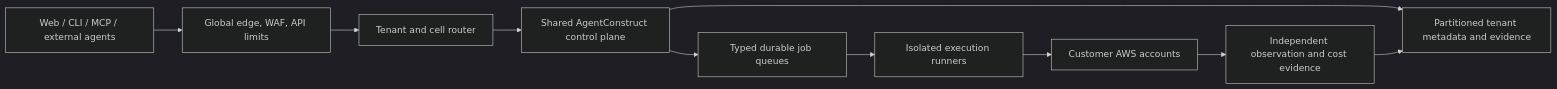
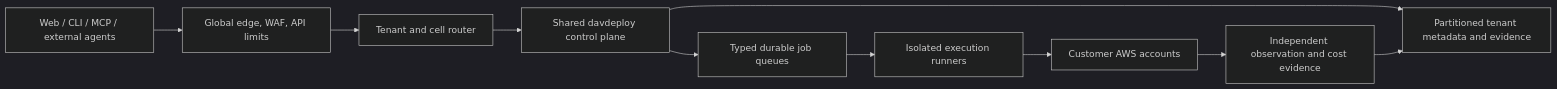
One commit to Bepoadewale/AgentConstruct changed the diagram in docs/strategy/10-scale-and-multi-tenancy.md. Above: the diagram before and after it, drawn with Mermaid (dark theme). The commit also changed other lines of this file and 270 other files, not shown here.

````diff
--- a/docs/strategy/10-scale-and-multi-tenancy.md
+++ b/docs/strategy/10-scale-and-multi-tenancy.md
@@ -36,12 +36,12 @@
 ```mermaid
 flowchart LR
   C[Web / CLI / MCP / external agents] --> EDGE[Global edge, WAF, API limits]
   EDGE --> ROUTER[Tenant and cell router]
-  ROUTER --> API[Shared AgentConstruct control plane]
+  ROUTER --> API[Shared davdeploy control plane]
   API --> DATA[Partitioned tenant metadata and evidence]
   API --> QUEUES[Typed durable job queues]
   QUEUES --> RUNNERS[Isolated execution runners]
   RUNNERS --> CLOUD[Customer AWS accounts]
   CLOUD --> OBS[Independent observation and cost evidence]
   OBS --> DATA
 ```
````
